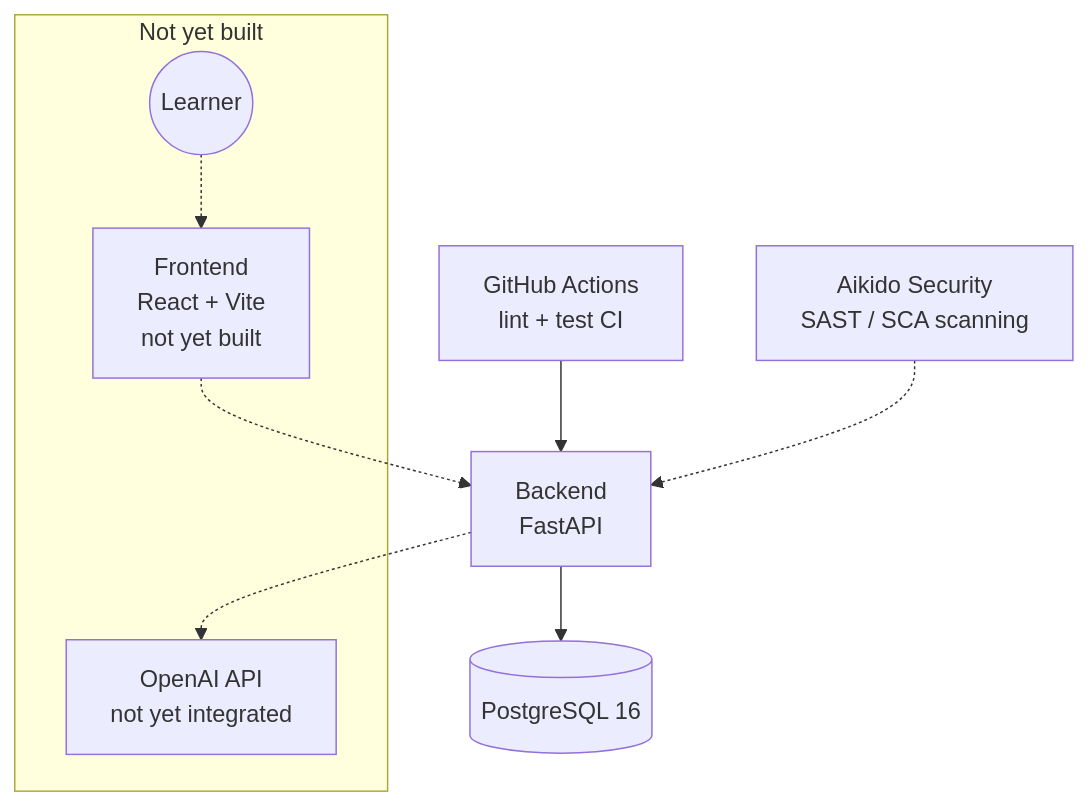
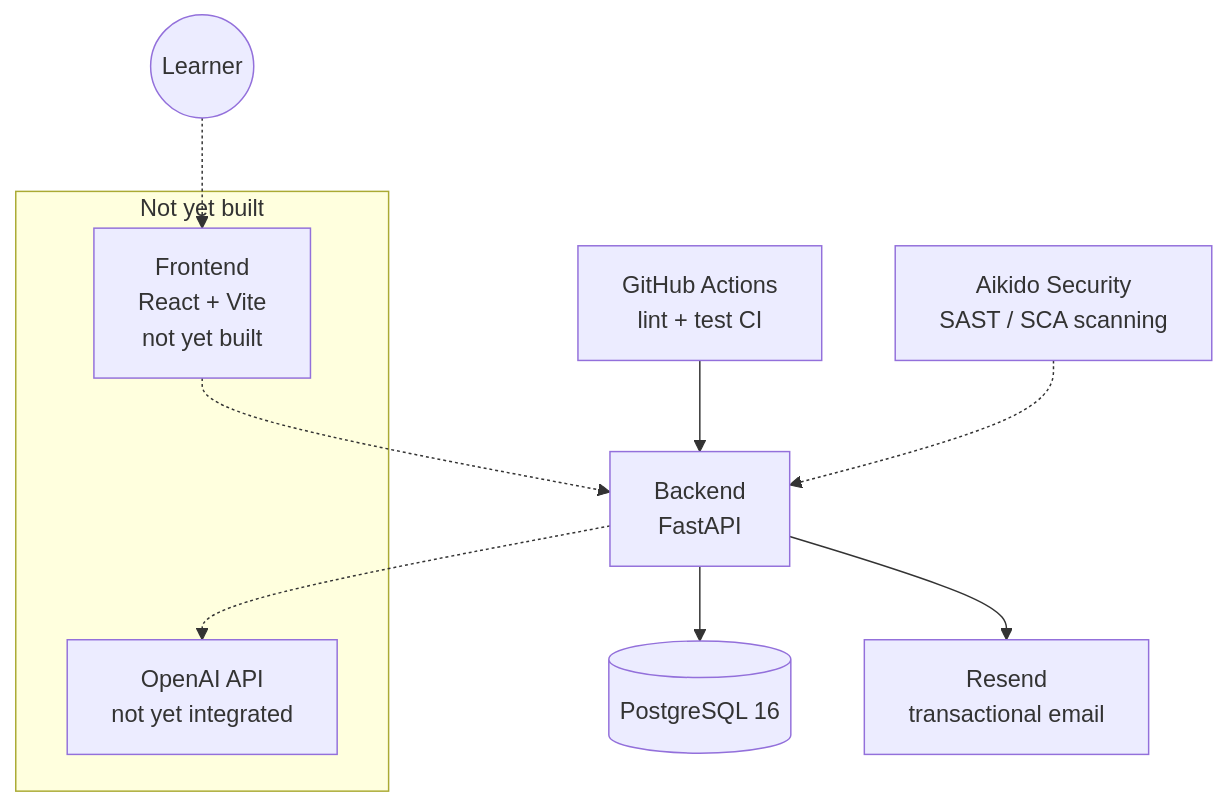
Before and after one commit to berndloeffeld/sks-lotse: the diagram in docs/ARCHITECTURE.md, drawn with Mermaid. The commit also changed other lines of this file and 18 other files, not shown here.

````diff
--- a/docs/ARCHITECTURE.md
+++ b/docs/ARCHITECTURE.md
@@ -7,20 +7,22 @@
 ```mermaid
 graph TB
     subgraph "Not yet built"
-        Learner((Learner))
         Frontend[Frontend<br/>React + Vite<br/>not yet built]
         OpenAI[OpenAI API<br/>not yet integrated]
     end
 
+    Learner((Learner))
     Backend[Backend<br/>FastAPI]
     DB[(PostgreSQL 16)]
+    Resend[Resend<br/>transactional email]
     Aikido[Aikido Security<br/>SAST / SCA scanning]
     GHA[GitHub Actions<br/>lint + test CI]
 
     Learner -.-> Frontend
     Frontend -.-> Backend
     Backend --> DB
+    Backend --> Resend
     Backend -.-> OpenAI
     GHA --> Backend
     Aikido -.-> Backend
 ```
````
